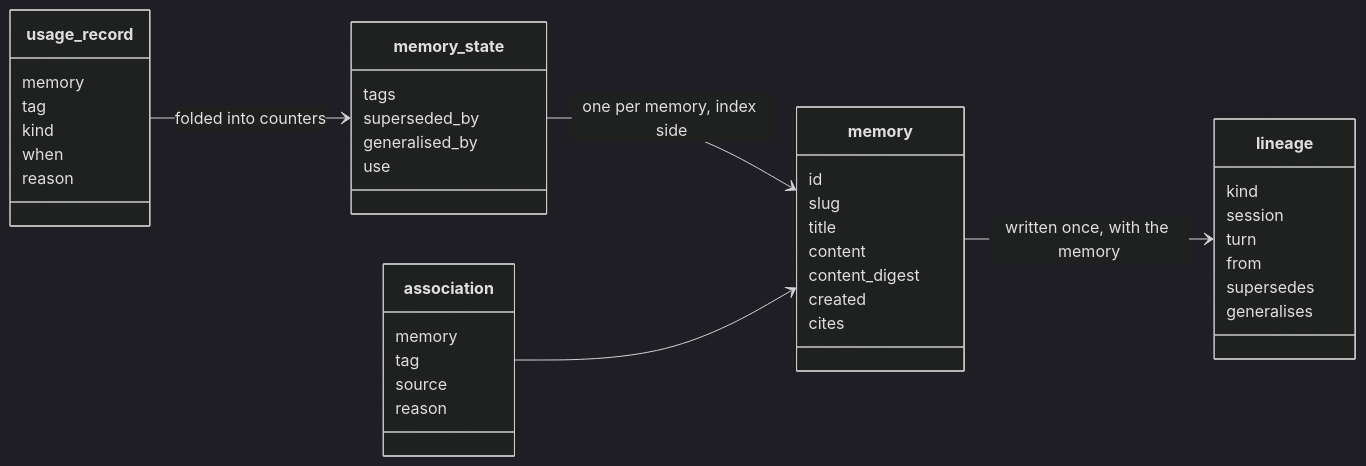
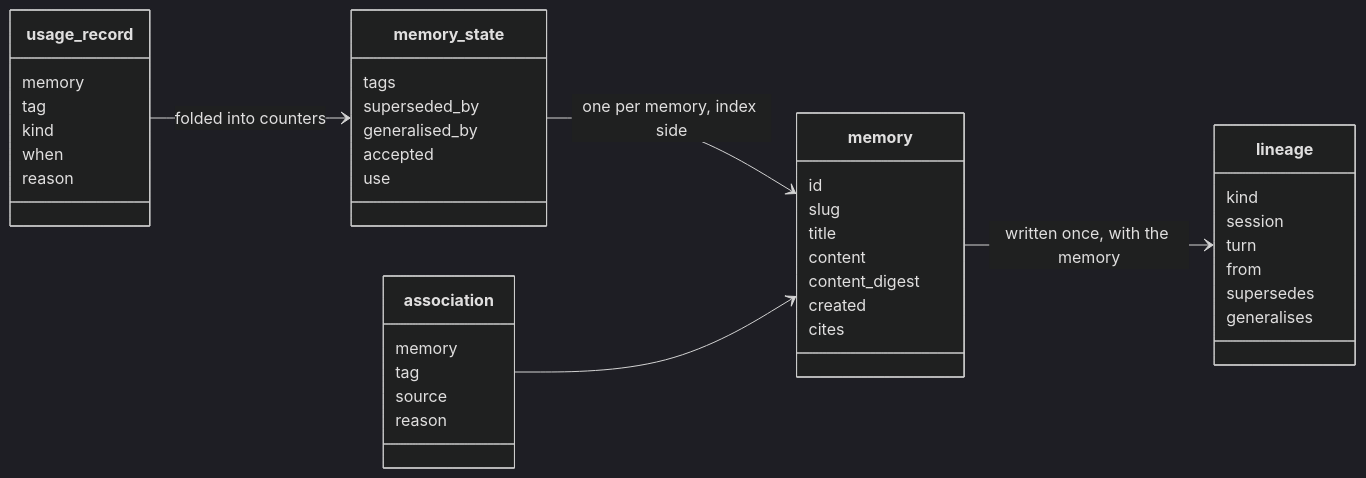
The fifth of 9 diagrams in docs/design/memory/01_domain_model.md (Debith/pygim), drawn with Mermaid (dark theme) before and after one commit. The commit also changed other lines of this file and 18 other files, not shown here.

````diff
--- a/docs/design/memory/01_domain_model.md
+++ b/docs/design/memory/01_domain_model.md
@@ -269,44 +269,45 @@
 ```mermaid
 classDiagram
     direction LR
     class memory {
         id
         slug
         title
         content
         content_digest
         created
         cites
     }
     class lineage {
         kind
         session
         turn
         from
         supersedes
         generalises
     }
     class memory_state {
         tags
         superseded_by
         generalised_by
+        accepted
         use
     }
     class association {
         memory
         tag
         source
         reason
     }
     class usage_record {
         memory
         tag
         kind
         when
         reason
     }
     memory --> lineage : written once, with the memory
     memory_state --> memory : one per memory, index side
     association --> memory
     usage_record --> memory_state : folded into counters
 ```
````
